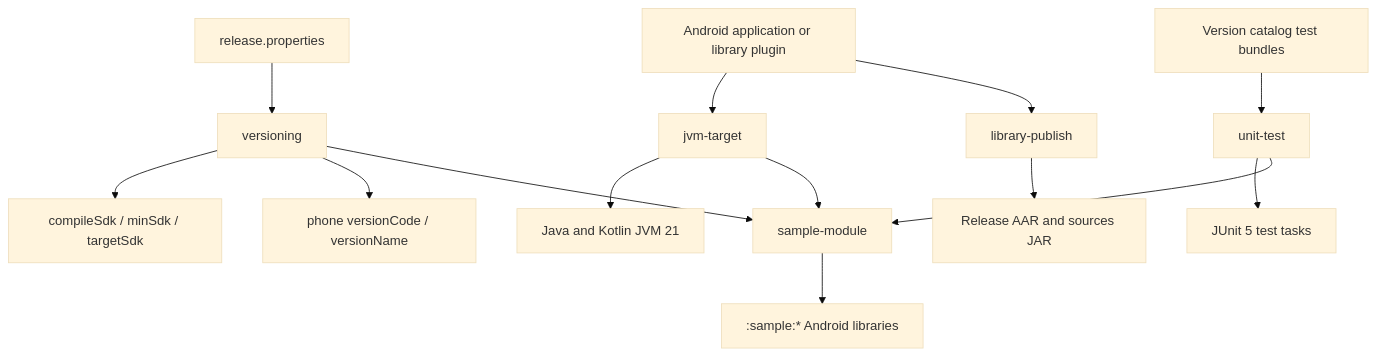
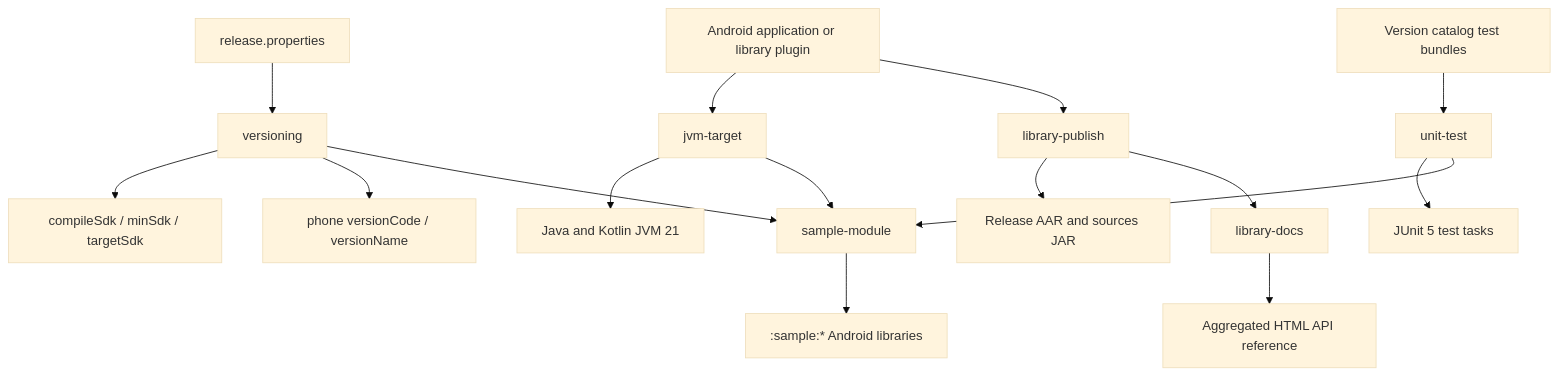
One commit to MihaiCristianCondrea/App-Toolkit-for-Android changed the diagram in build-logic/convention/README.md. Above: the diagram before and after it, drawn with Mermaid (base theme). The commit also changed other lines of this file and 7 other files, not shown here.

Commit message:
Add Dokka API reference for published libraries

````diff
--- a/build-logic/convention/README.md
+++ b/build-logic/convention/README.md
@@ -34,16 +36,18 @@
 ```mermaid
 flowchart TD
     Release[release.properties] --> Versioning[versioning]
     Versioning --> Sdk[compileSdk / minSdk / targetSdk]
     Versioning --> AppVersion[phone versionCode / versionName]
     Android[Android application or library plugin] --> Jvm[jvm-target]
     Jvm --> Bytecode[Java and Kotlin JVM 21]
     Catalog[Version catalog test bundles] --> Tests[unit-test]
     Tests --> JUnit[JUnit 5 test tasks]
     Android --> Publish[library-publish]
     Publish --> Maven[Release AAR and sources JAR]
+    Publish --> Docs[library-docs]
+    Docs --> Reference[Aggregated HTML API reference]
     Versioning --> Sample[sample-module]
     Tests --> Sample
     Jvm --> Sample
     Sample --> SampleProjects[":sample:* Android libraries"]
 ```
````
